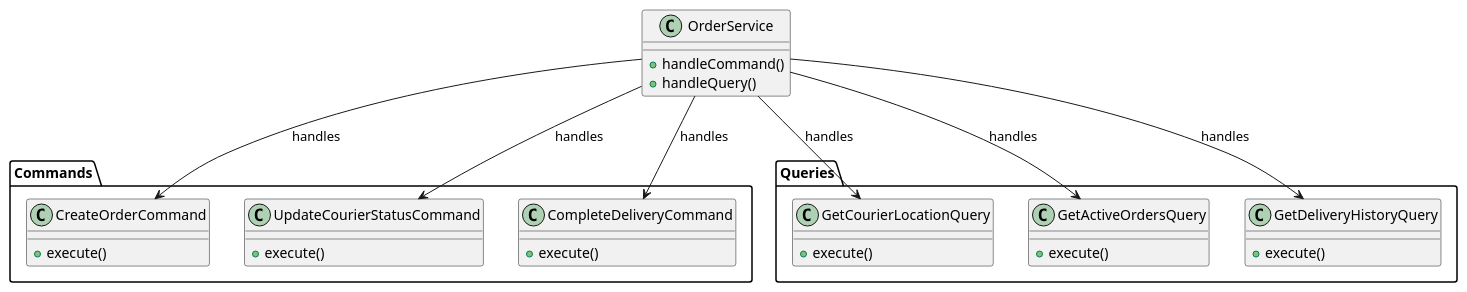
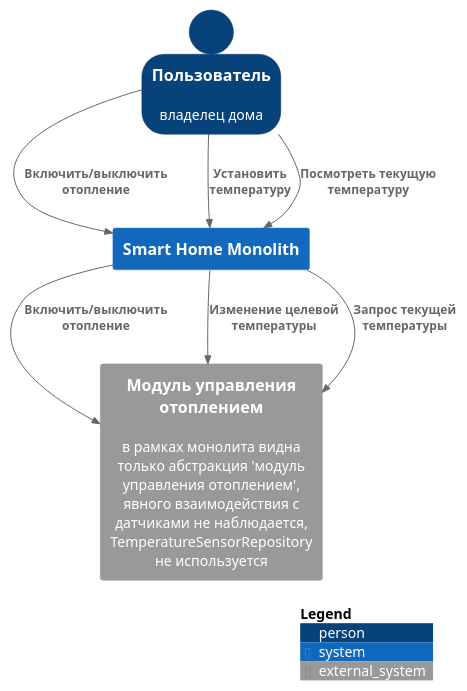
The diagram in docs/Task1.1_SystemContext.puml (Prifiz/yandex-architecture-sprint-3), drawn with PlantUML before and after one commit. The commit also changed 61 other files, not shown here.

```diff
--- a/docs/Task1.1_SystemContext.puml
+++ b/docs/Task1.1_SystemContext.puml
@@ -1,53 +1,22 @@
 @startuml
-'!include C4_Context.puml
-'
-'Person(operator, "Operator")
-'System(sys, "MySoft")
-'System_Ext(ext, "External")
-'
-'Rel(operator, sys, "Uses")
-'Rel(ext, sys, "Calls API")
-'
-'Rel_U(sys, ext, "test")
-''Rel_D(sys, ext, "test2")
-''Rel_R(sys, ext, "test3")
-''Rel_L(sys, ext, "test4")
+!include C4_Context.puml
 
+SHOW_PERSON_OUTLINE()
 
+Person(user, "Пользователь", "владелец дома")
 
-package "Commands" {
-  class CreateOrderCommand {
-    +execute()
-  }
-  class UpdateCourierStatusCommand {
-    +execute()
-  }
-  class CompleteDeliveryCommand {
-    +execute()
-  }
-}
+System(monolith, "Smart Home Monolith")
 
-package "Queries" {
-  class GetCourierLocationQuery {
-    +execute()
-  }
-  class GetActiveOrdersQuery {
-    +execute()
-  }
-  class GetDeliveryHistoryQuery {
-    +execute()
-  }
-}
+Rel(user, monolith, "Включить/выключить отопление")
+Rel(user, monolith, "Установить температуру")
+Rel(user, monolith, "Посмотреть текущую температуру")
 
-class OrderService {
-  +handleCommand()
-  +handleQuery()
-}
+System_Ext(heatSys, "Модуль управления отоплением", "в рамках монолита видна только абстракция 'модуль управления отоплением', явного взаимодействия с датчиками не наблюдается, TemperatureSensorRepository не используется")
 
-OrderService --> CreateOrderCommand : handles
-OrderService --> UpdateCourierStatusCommand : handles
-OrderService --> CompleteDeliveryCommand : handles
-OrderService --> GetCourierLocationQuery : handles
-OrderService --> GetActiveOrdersQuery : handles
-OrderService --> GetDeliveryHistoryQuery : handles
+Rel(monolith, heatSys, "Включить/выключить отопление")
+Rel(monolith, heatSys, "Изменение целевой температуры")
+Rel(monolith, heatSys, "Запрос текущей температуры")
+
+SHOW_LEGEND()
+
 @enduml
```
